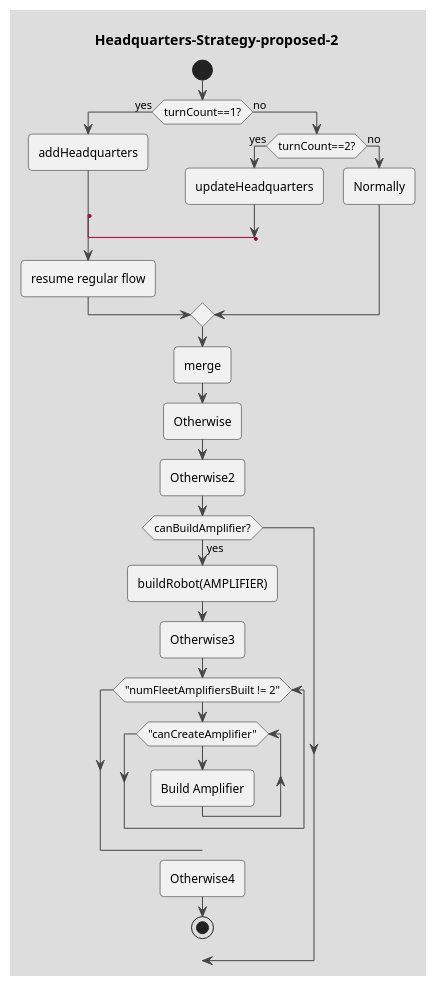
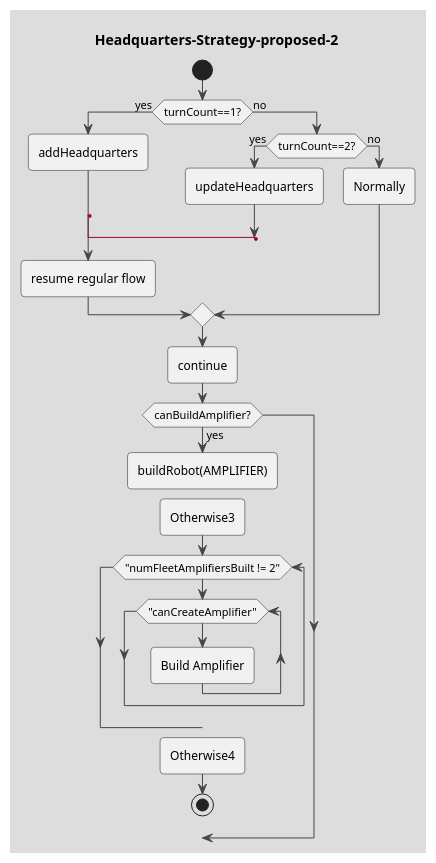
One commit to coding-to-music/plantuml-diagram-examples changed the diagram in drawings/Headquarters-Strategy-proposed-2.puml. Above: the diagram before and after it, drawn with PlantUML. The commit also changed 5 other files, not shown here.

```diff
--- a/drawings/Headquarters-Strategy-proposed-2.puml
+++ b/drawings/Headquarters-Strategy-proposed-2.puml
@@ -1,39 +1,43 @@
 @startuml Headquarters-Strategy-proposed-2
 !theme toy 
 title Headquarters-Strategy-proposed-2
 
 start
 if (turnCount==1?) then (yes)
 :addHeadquarters;
 'space label only for alignment
 label sp_lab0
 label sp_lab1
+label sp_continue
 'real label
 label lab
 :resume regular flow;
 else (no)
 if (turnCount==2?) then (yes)
 :updateHeadquarters;
 label sp_lab2
 goto sp_lab1
 else (no)
 :Normally;
 endif
 endif
-:merge;
-:Otherwise;
+label sp_continue
+:continue;
+' :Otherwise;
 ' if "canBuildAnchor" then -left->[true] "buildAnchor(STANDARD)";
-:Otherwise2;
+' :Otherwise2;
 if (canBuildAmplifier?) then (yes)
-:buildRobot(AMPLIFIER);
+:buildRobot(AMPLIFIER); 
+' goto sp_continue
+detach
 :Otherwise3;
     while ("numFleetAmplifiersBuilt != 2")
         while ("canCreateAmplifier") 
         :Build Amplifier;            
         endwhile  
     endwhile  
     detach
 :Otherwise4;
 
 stop
 @enduml
```
